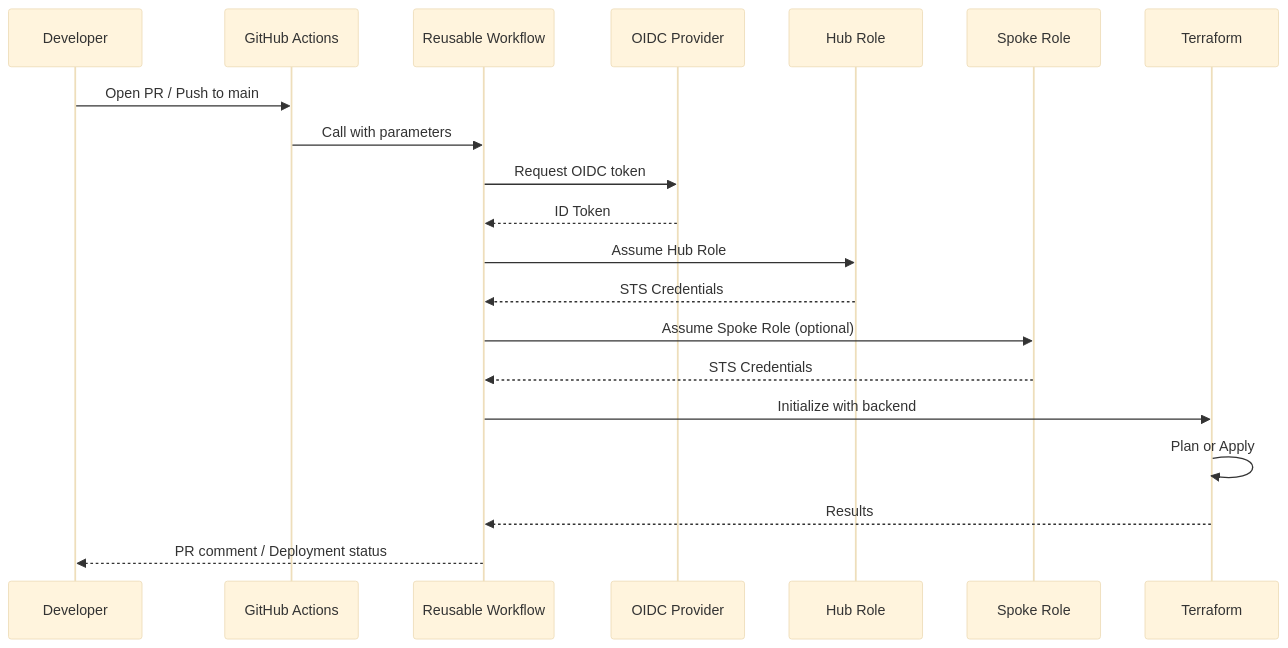
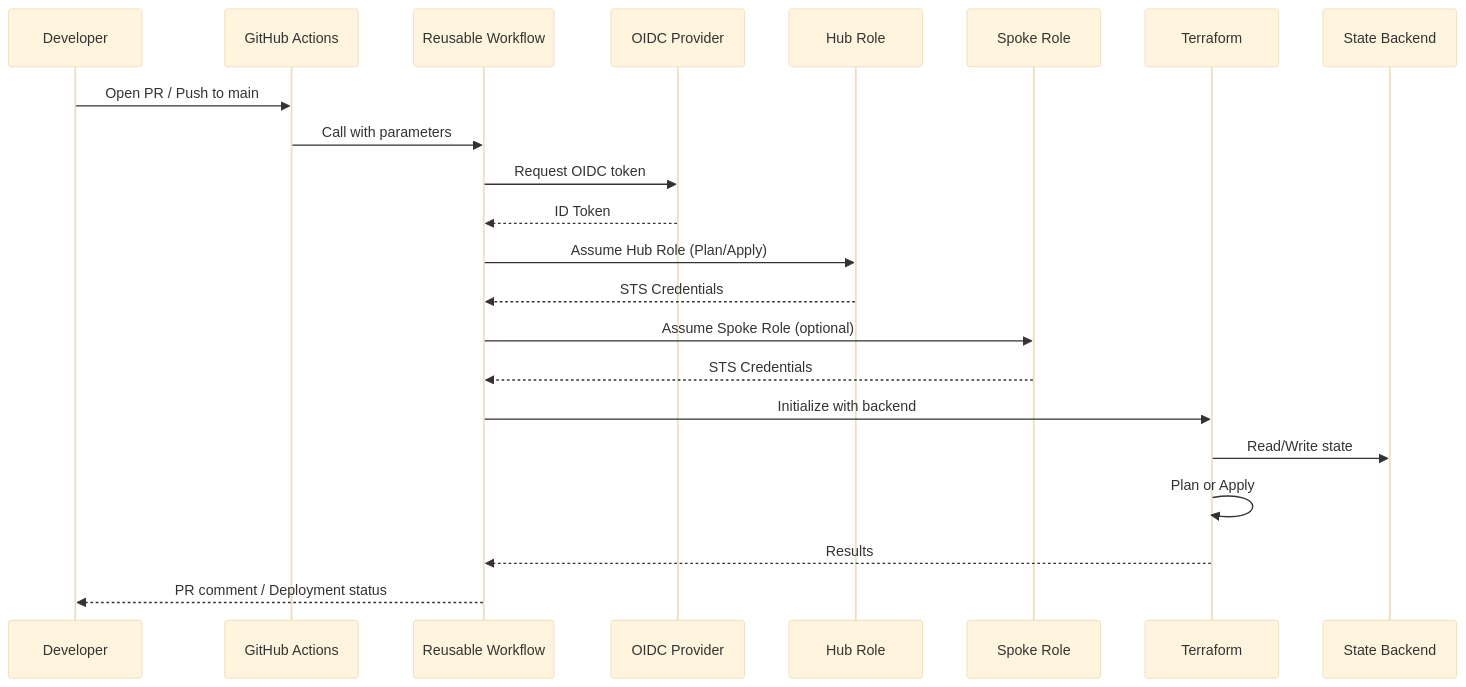
One commit to AlibabaCloudLandingZone/alibabacloud-landingzone-accelerator-github-demo changed the second of 2 diagrams in .qoder/repowiki/en/content/Project Overview.md. Above: the diagram before and after it, drawn with Mermaid (base theme). The commit also changed other lines of this file and 34 other files, not shown here.

````diff
--- a/.qoder/repowiki/en/content/Project Overview.md
+++ b/.qoder/repowiki/en/content/Project Overview.md
@@ -149,22 +212,24 @@
 ```mermaid
 sequenceDiagram
 participant Dev as Developer
 participant GHA as GitHub Actions
 participant RW as Reusable Workflow
 participant OIDC as OIDC Provider
-participant Hub as Hub Role
-participant Spoke as Spoke Role
+participant HUB as Hub Role
+participant SPOKE as Spoke Role
 participant TF as Terraform
+participant STATE as State Backend
 Dev->>GHA : Open PR / Push to main
 GHA->>RW : Call with parameters
 RW->>OIDC : Request OIDC token
 OIDC-->>RW : ID Token
-RW->>Hub : Assume Hub Role
-Hub-->>RW : STS Credentials
-RW->>Spoke : Assume Spoke Role (optional)
-Spoke-->>RW : STS Credentials
+RW->>HUB : Assume Hub Role (Plan/Apply)
+HUB-->>RW : STS Credentials
+RW->>SPOKE : Assume Spoke Role (optional)
+SPOKE-->>RW : STS Credentials
 RW->>TF : Initialize with backend
+TF->>STATE : Read/Write state
 TF->>TF : Plan or Apply
 TF-->>RW : Results
 RW-->>Dev : PR comment / Deployment status
 ```
````
